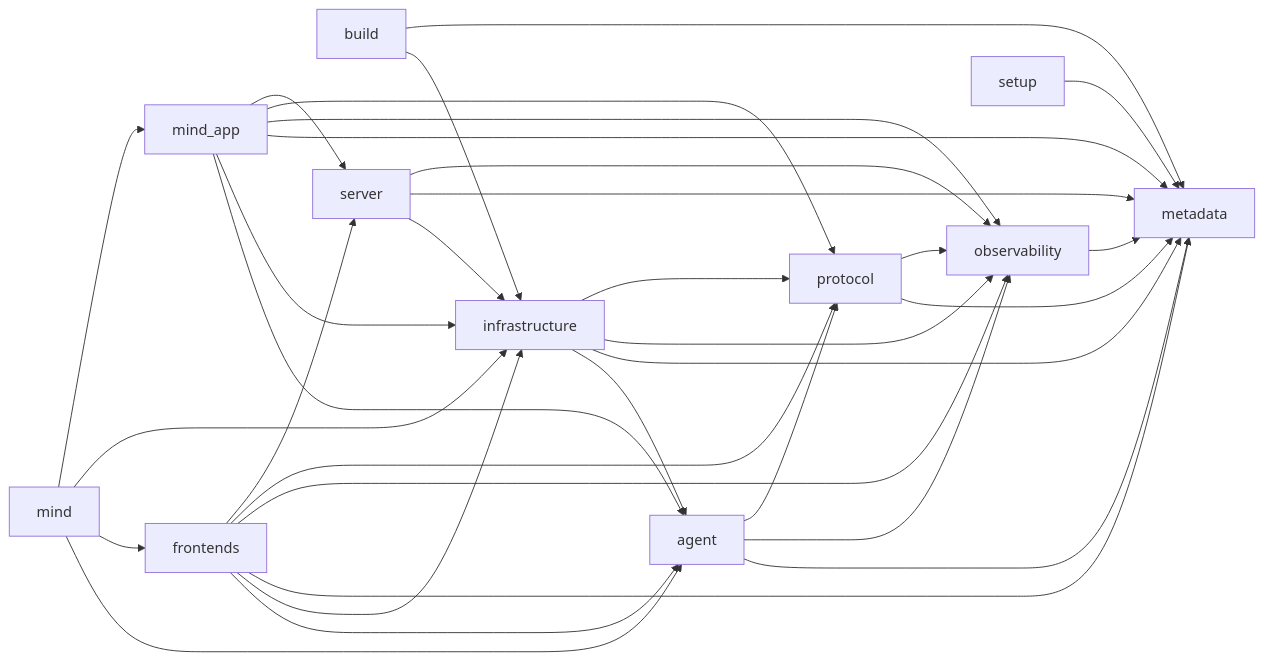
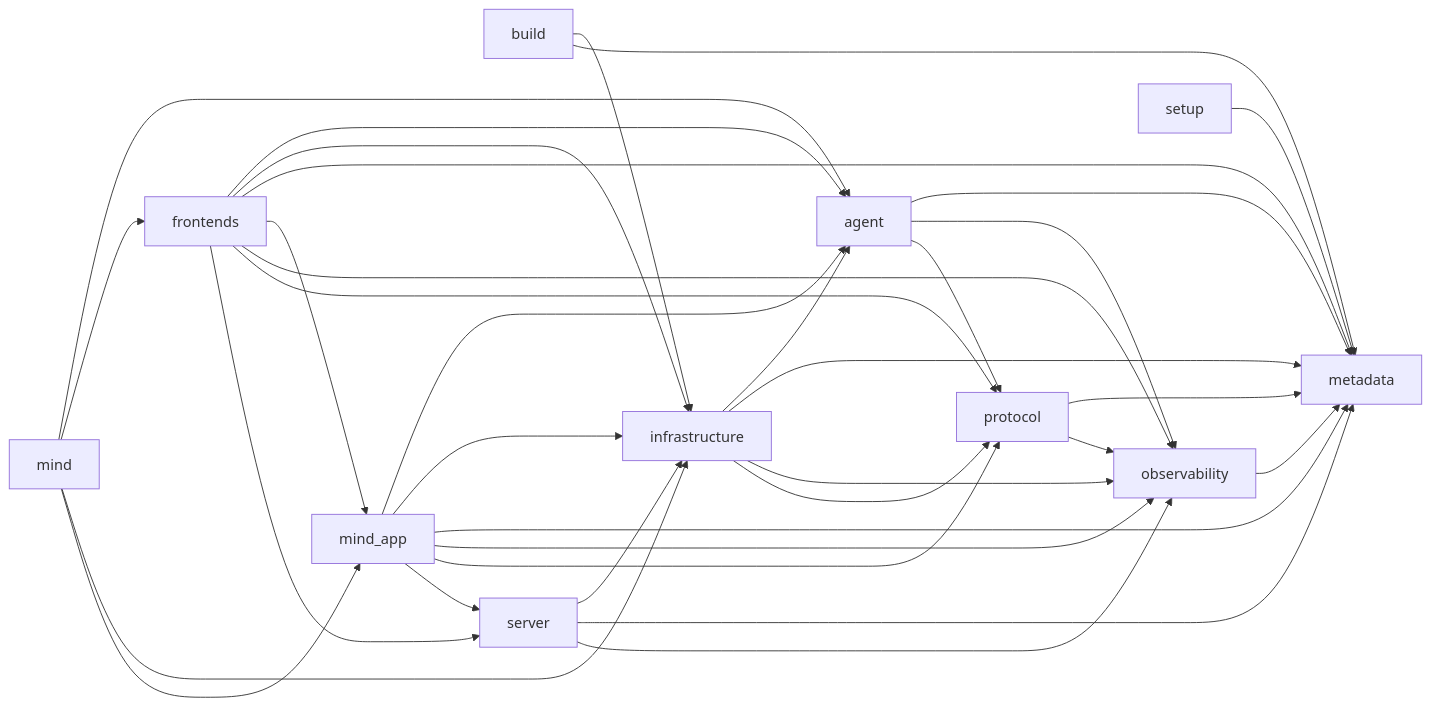
One commit to AxionixLabs/ProxyMind changed the diagram in AGENT_RUNTIME_IMPORT_GRAPH.md. Above: the diagram before and after it, drawn with Mermaid. The commit also changed other lines of this file and 8 other files, not shown here.

````diff
--- a/AGENT_RUNTIME_IMPORT_GRAPH.md
+++ b/AGENT_RUNTIME_IMPORT_GRAPH.md
@@ -15,35 +15,36 @@
 ```mermaid
 flowchart LR
     agent --> metadata
     agent --> observability
     agent --> protocol
     build --> infrastructure
     build --> metadata
     frontends --> agent
     frontends --> infrastructure
     frontends --> metadata
+    frontends --> mind_app
     frontends --> observability
     frontends --> protocol
     frontends --> server
     infrastructure --> agent
     infrastructure --> metadata
     infrastructure --> observability
     infrastructure --> protocol
     mind --> agent
     mind --> frontends
     mind --> infrastructure
     mind --> mind_app
     mind_app --> agent
     mind_app --> infrastructure
     mind_app --> metadata
     mind_app --> observability
     mind_app --> protocol
     mind_app --> server
     observability --> metadata
     protocol --> metadata
     protocol --> observability
     server --> infrastructure
     server --> metadata
     server --> observability
     setup --> metadata
 ```
````
